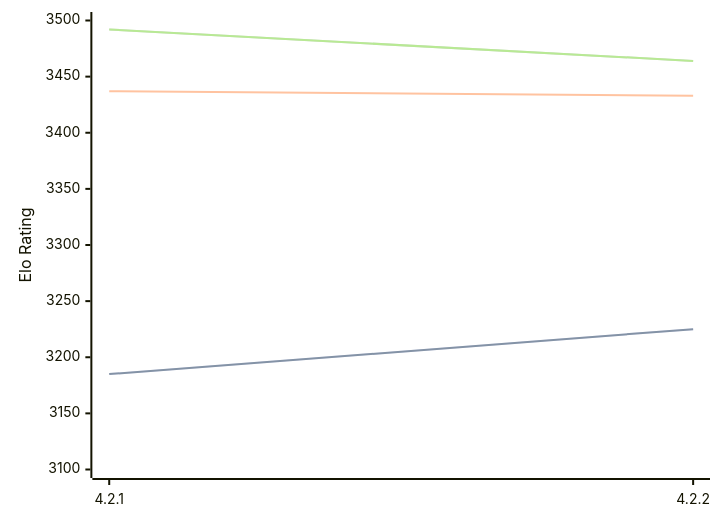
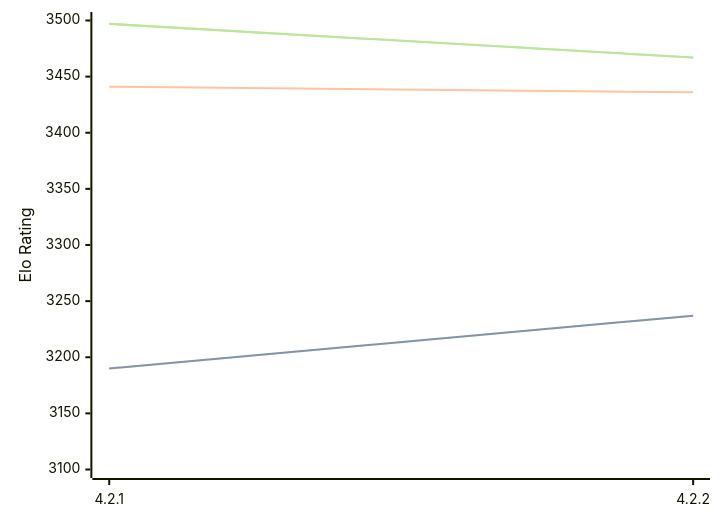
Before and after one commit to computer-chess-index/cci: the diagram in engines/Gaia.md, drawn with Mermaid. The commit also changed other lines of this file, not shown here.

Commit message:
Update CCI Ratings (ELO VLTC) - 2026-08-18

````diff
--- a/engines/Gaia.md
+++ b/engines/Gaia.md
@@ -36,11 +36,11 @@
 ```mermaid
 %%{init: {"theme":"base","themeVariables":{"seriesColors:['#a3a3a3','#222221','#faa371']}}}%%
 xychart-beta
   x-axis ["4.2.1", "4.2.2"]
   y-axis "Elo Rating" 3100 --> 3500
-  line "STC (8.0+0.08s)" [3185, 3225]
-  line "STC (8.0+0.08s)" [3185, 3225]
-  line "LTC (60.0+0.60s)" [3437, 3433]
-  line "VLTC (2m24s+1.12s)" [3492, 3464]
-  line "VLTC (2m24s+1.12s)" [3492, 3464]
+  line "STC (8.0+0.08s)" [3190, 3237]
+  line "STC (8.0+0.08s)" [3190, 3237]
+  line "LTC (60.0+0.60s)" [3441, 3436]
+  line "VLTC (2m24s+1.12s)" [3497, 3467]
+  line "VLTC (2m24s+1.12s)" [3497, 3467]
 ```
````
